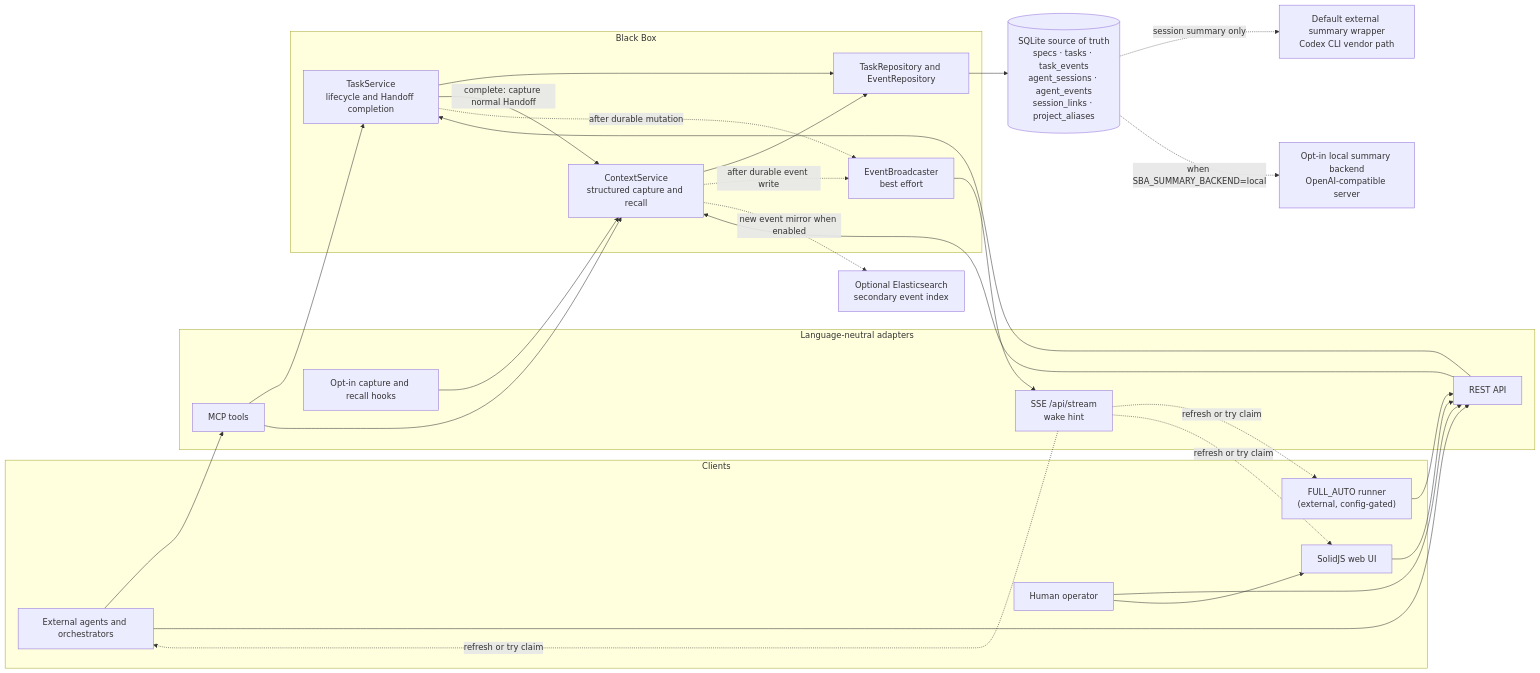
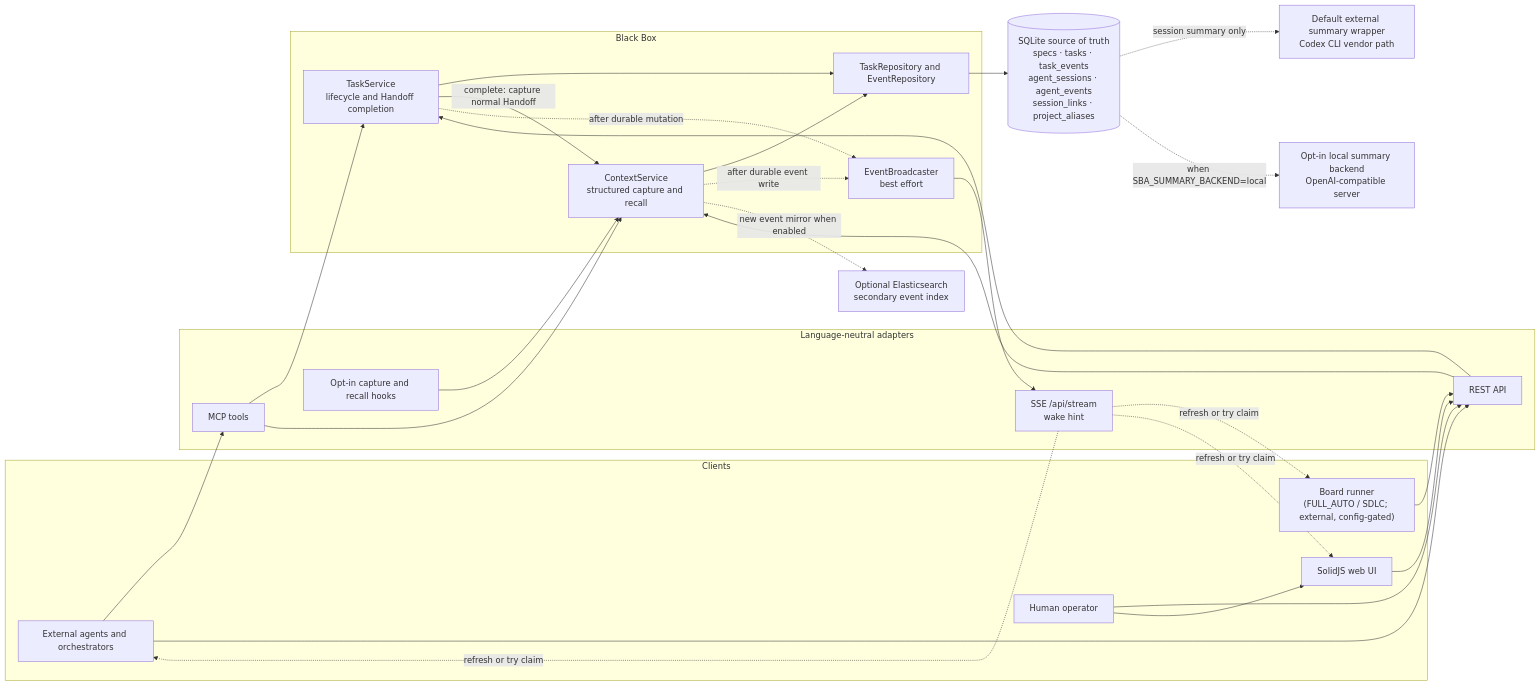
The first of 2 diagrams in docs/architecture.md (nathanmauro/black-box), drawn with Mermaid before and after one commit. The commit also changed other lines of this file and 64 other files, not shown here.

First line of the commit message:
SDLC mode: approval-gated plan and review stages, live-proven (#19)

````diff
--- a/docs/architecture.md
+++ b/docs/architecture.md
@@ -19,47 +19,47 @@
 ```mermaid
 flowchart LR
     subgraph Clients["Clients"]
         AGENTS["External agents and orchestrators"]
-        RUNNER["FULL_AUTO runner<br/>(external, config-gated)"]
+        RUNNER["Board runner<br/>(FULL_AUTO / SDLC; external, config-gated)"]
         HUMAN["Human operator"]
         UI["SolidJS web UI"]
     end
 
     subgraph Adapters["Language-neutral adapters"]
         MCP["MCP tools"]
         REST["REST API"]
         HOOK["Opt-in capture and recall hooks"]
         STREAM["SSE /api/stream<br/>wake hint"]
     end
 
     subgraph Core["Black Box"]
         TASK["TaskService<br/>lifecycle and Handoff completion"]
         CONTEXT["ContextService<br/>structured capture and recall"]
         REPO["TaskRepository and EventRepository"]
         BROADCAST["EventBroadcaster<br/>best effort"]
     end
 
     DB[("SQLite source of truth<br/>specs · tasks · task_events<br/>agent_sessions · agent_events<br/>session_links · project_aliases")]
     ES["Optional Elasticsearch<br/>secondary event index"]
     EXTERNAL["Default external summary wrapper<br/>Codex CLI vendor path"]
     LOCAL["Opt-in local summary backend<br/>OpenAI-compatible server"]
 
     AGENTS --> MCP & REST
     RUNNER --> REST
     HUMAN --> REST & UI
     UI --> REST
     HOOK --> CONTEXT
     MCP --> TASK & CONTEXT
     REST --> TASK & CONTEXT
     TASK --> REPO
     TASK -->|"complete: capture normal Handoff"| CONTEXT
     CONTEXT --> REPO
     REPO --> DB
     TASK -. "after durable mutation" .-> BROADCAST
     CONTEXT -. "after durable event write" .-> BROADCAST
     BROADCAST --> STREAM
     STREAM -. "refresh or try claim" .-> AGENTS & RUNNER & UI
     CONTEXT -. "new event mirror when enabled" .-> ES
     DB -. "session summary only" .-> EXTERNAL
     DB -. "when SBA_SUMMARY_BACKEND=local" .-> LOCAL
 ```
````
